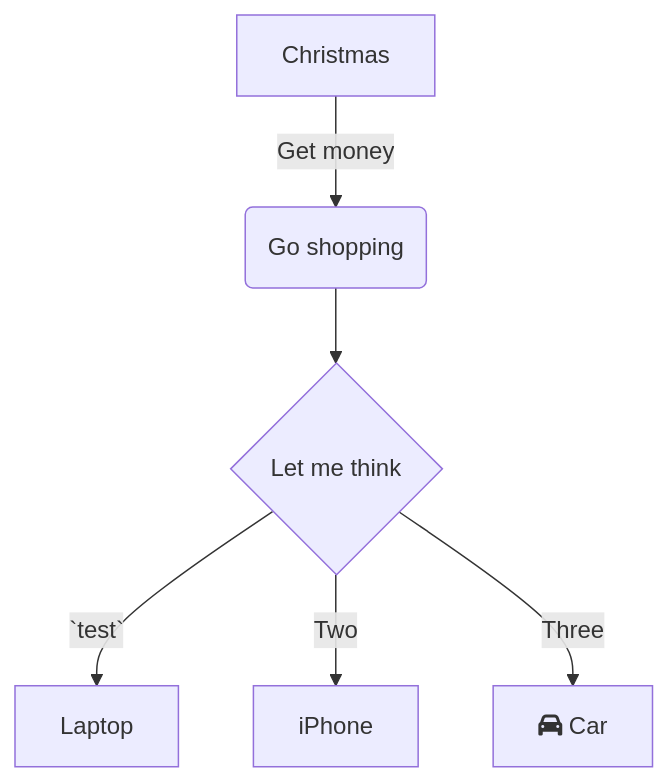
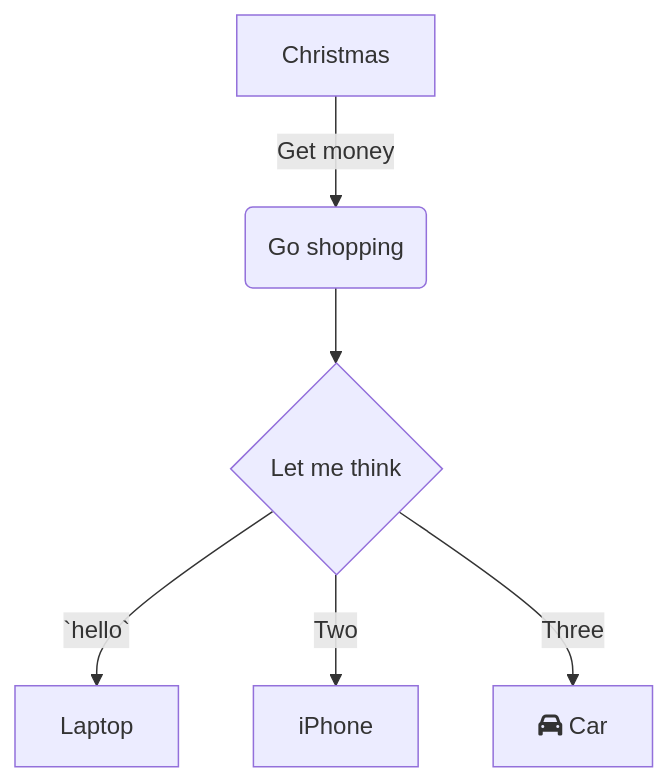
One commit to GalateaJavier/doc-adventure changed the diagram in .swm/where-to-start.hs668.sw.md. Above: the diagram before and after it, drawn with Mermaid. The commit also changed other lines of this file, not shown here.

````diff
--- a/.swm/where-to-start.hs668.sw.md
+++ b/.swm/where-to-start.hs668.sw.md
@@ -32,10 +32,9 @@
 ```mermaid
 graph TD
 A[Christmas] -->|Get money| B(Go shopping)
 B --> C{Let me think}
-C -->|`test`| D[Laptop]
+C -->|`hello`| D[Laptop]
 C -->|Two| E[iPhone]
 C -->|Three| F[fa:fa-car Car]
 
-
 ```
````
